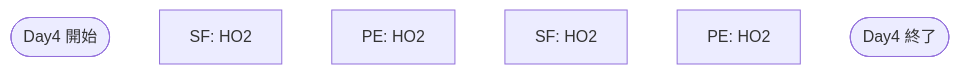
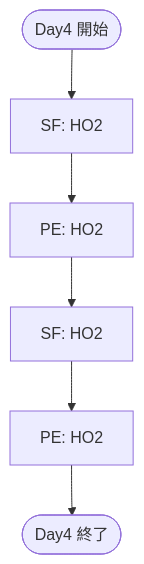
The fourth of 4 diagrams in specs/routing.md (KarasuTatehi/last-resort-disturbance), drawn with Mermaid before and after one commit. The commit also changed other lines of this file, not shown here.

Commit message:
specs/routing.md updated from https://stackedit.io/

````diff
--- a/specs/routing.md
+++ b/specs/routing.md
@@ -100,11 +100,16 @@
 ```mermaid
 flowchart TD
 D4S([Day4 開始])
 D4-SF-HO2["SF: HO2"]
 D4-PE-HO2["PE: HO2"]
 D4-SF-HO3["SF: HO2"]
 D4-PE-HO3["PE: HO2"]
 D4E([Day4 終了])
 
-
+D4S -->
+D4-SF-HO2 -->
+D4-PE-HO2 -->
+D4-SF-HO3 -->
+D4-PE-HO3 -->
+D4E
 ```
````
